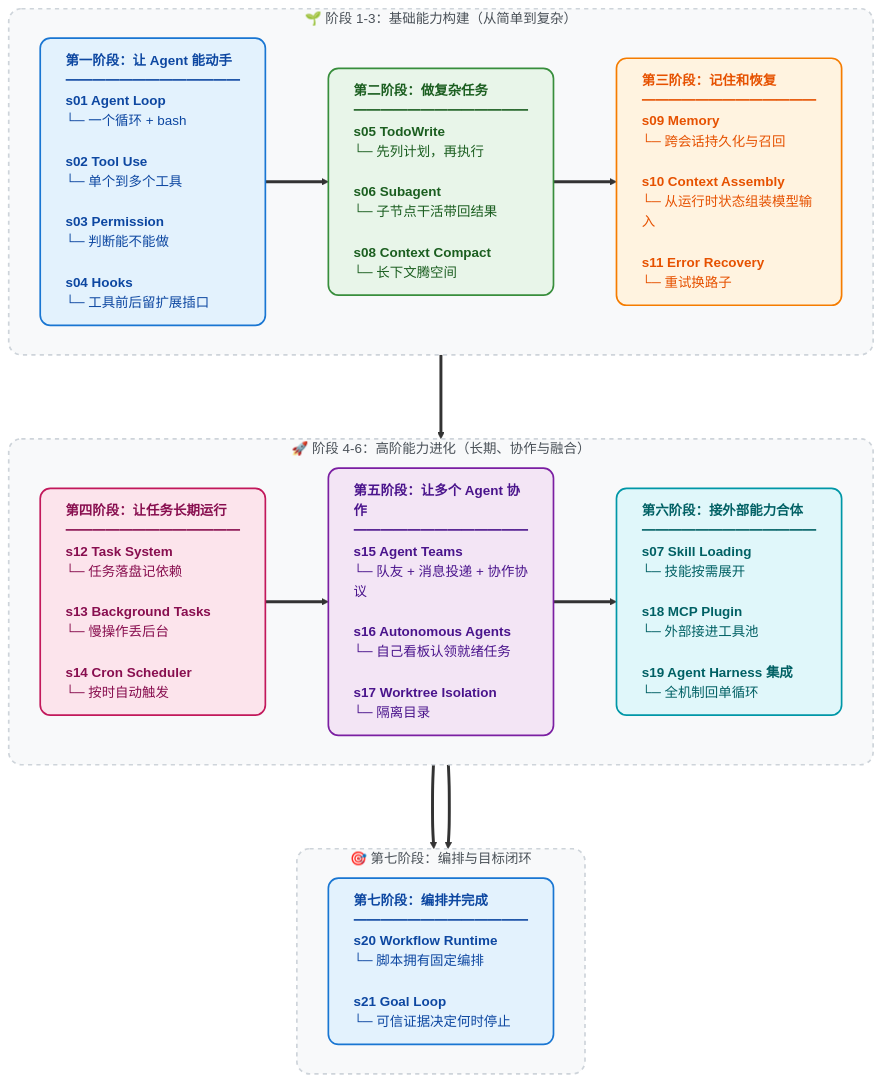
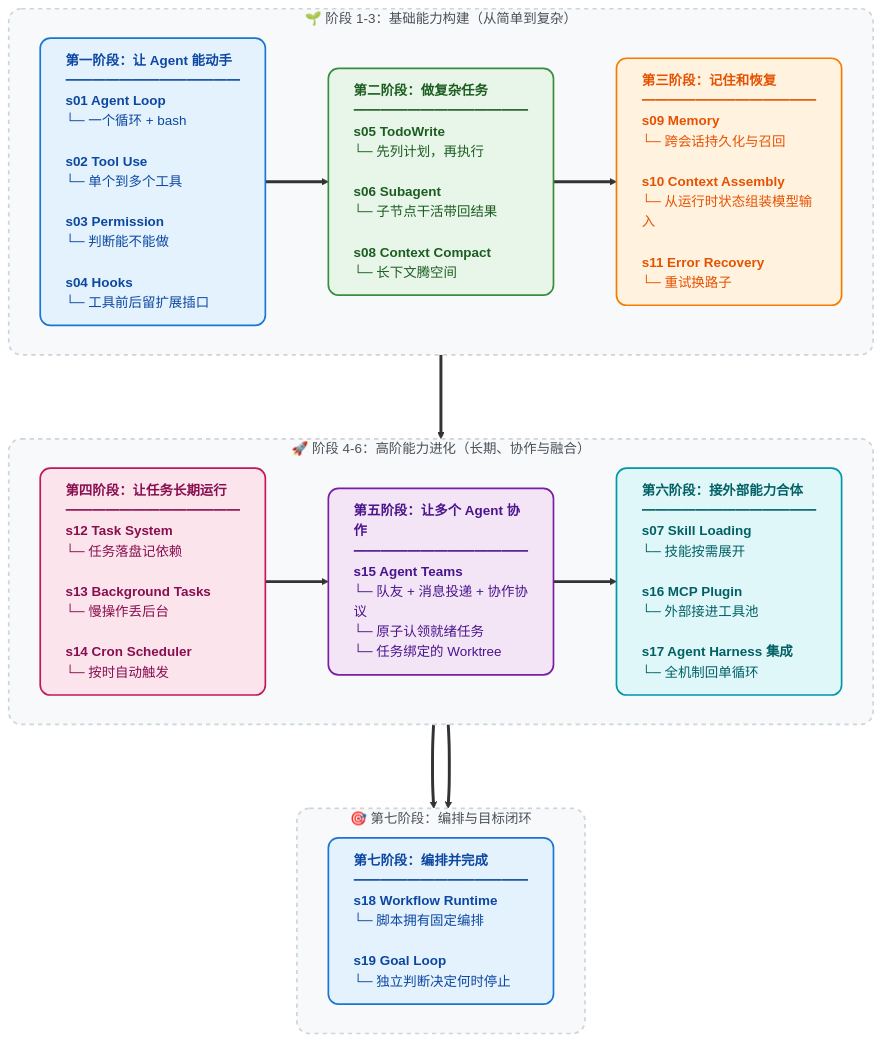
One commit to snake-fan/learn-claude-code changed the diagram in README-zh.md. Above: the diagram before and after it, drawn with Mermaid. The commit also changed other lines of this file and 196 other files, not shown here.

Commit message:
Consolidate agent harness course into 19 lessons

````diff
--- a/README-zh.md
+++ b/README-zh.md
@@ -306,50 +302,50 @@
 ```mermaid
 flowchart TD
     %% 统一定义卡片样式：加入 text-align:left 保证列表不会居中乱飘
     classDef stage1 fill:#E3F2FD,stroke:#1976D2,stroke-width:2px,color:#0D47A1,rx:12,ry:12,text-align:left
     classDef stage2 fill:#E8F5E9,stroke:#388E3C,stroke-width:2px,color:#1B5E20,rx:12,ry:12,text-align:left
     classDef stage3 fill:#FFF3E0,stroke:#F57C00,stroke-width:2px,color:#E65100,rx:12,ry:12,text-align:left
     classDef stage4 fill:#FCE4EC,stroke:#C2185b,stroke-width:2px,color:#880E4F,rx:12,ry:12,text-align:left
     classDef stage5 fill:#F3E5F5,stroke:#7B1FA2,stroke-width:2px,color:#4A148C,rx:12,ry:12,text-align:left
     classDef stage6 fill:#E0F7FA,stroke:#0097A7,stroke-width:2px,color:#006064,rx:12,ry:12,text-align:left
     
     %% 背景框样式
     classDef groupBox fill:#F8F9FA,stroke:#CED4DA,stroke-width:2px,stroke-dasharray: 5 5,rx:15,ry:15,color:#495057
     
     %% 第一层：1-3阶段
     subgraph Phase1 ["🌱 阶段 1-3：基础能力构建（从简单到复杂）"]
         direction LR
         S1["<b>第一阶段：让 Agent 能动手</b><br/>━━━━━━━━━━━━━<br/><b>s01 Agent Loop</b><br/>└─ 一个循环 + bash<br/><br/><b>s02 Tool Use</b><br/>└─ 单个到多个工具<br/><br/><b>s03 Permission</b><br/>└─ 判断能不能做<br/><br/><b>s04 Hooks</b><br/>└─ 工具前后留扩展插口"]:::stage1
 
         S2["<b>第二阶段：做复杂任务</b><br/>━━━━━━━━━━━━━<br/><b>s05 TodoWrite</b><br/>└─ 先列计划，再执行<br/><br/><b>s06 Subagent</b><br/>└─ 子节点干活带回结果<br/><br/><b>s08 Context Compact</b><br/>└─ 长下文腾空间"]:::stage2
 
         S3["<b>第三阶段：记住和恢复</b><br/>━━━━━━━━━━━━━<br/><b>s09 Memory</b><br/>└─ 跨会话持久化与召回<br/><br/><b>s10 Context Assembly</b><br/>└─ 从运行时状态组装模型输入<br/><br/><b>s11 Error Recovery</b><br/>└─ 重试换路子"]:::stage3
 
         S1 ==> S2 ==> S3
     end
 
     %% 第二层：4-6阶段
     subgraph Phase2 ["🚀 阶段 4-6：高阶能力进化（长期、协作与融合）"]
         direction LR
         S4["<b>第四阶段：让任务长期运行</b><br/>━━━━━━━━━━━━━<br/><b>s12 Task System</b><br/>└─ 任务落盘记依赖<br/><br/><b>s13 Background Tasks</b><br/>└─ 慢操作丢后台<br/><br/><b>s14 Cron Scheduler</b><br/>└─ 按时自动触发"]:::stage4
 
-        S5["<b>第五阶段：让多个 Agent 协作</b><br/>━━━━━━━━━━━━━<br/><b>s15 Agent Teams</b><br/>└─ 队友 + 消息投递 + 协作协议<br/><br/><b>s16 Autonomous Agents</b><br/>└─ 自己看板认领就绪任务<br/><br/><b>s17 Worktree Isolation</b><br/>└─ 隔离目录"]:::stage5
+        S5["<b>第五阶段：让多个 Agent 协作</b><br/>━━━━━━━━━━━━━<br/><b>s15 Agent Teams</b><br/>└─ 队友 + 消息投递 + 协作协议<br/>└─ 原子认领就绪任务<br/>└─ 任务绑定的 Worktree"]:::stage5
 
-        S6["<b>第六阶段：接外部能力合体</b><br/>━━━━━━━━━━━━━<br/><b>s07 Skill Loading</b><br/>└─ 技能按需展开<br/><br/><b>s18 MCP Plugin</b><br/>└─ 外部接进工具池<br/><br/><b>s19 Agent Harness 集成</b><br/>└─ 全机制回单循环"]:::stage6
+        S6["<b>第六阶段：接外部能力合体</b><br/>━━━━━━━━━━━━━<br/><b>s07 Skill Loading</b><br/>└─ 技能按需展开<br/><br/><b>s16 MCP Plugin</b><br/>└─ 外部接进工具池<br/><br/><b>s17 Agent Harness 集成</b><br/>└─ 全机制回单循环"]:::stage6
 
         S4 ==> S5 ==> S6
     end
 
     %% 第三层：编排与目标闭环
     subgraph Phase3 ["🎯 第七阶段：编排与目标闭环"]
         direction LR
-        S7["<b>第七阶段：编排并完成</b><br/>━━━━━━━━━━━━━<br/><b>s20 Workflow Runtime</b><br/>└─ 脚本拥有固定编排<br/><br/><b>s21 Goal Loop</b><br/>└─ 可信证据决定何时停止"]:::stage1
+        S7["<b>第七阶段：编排并完成</b><br/>━━━━━━━━━━━━━<br/><b>s18 Workflow Runtime</b><br/>└─ 脚本拥有固定编排<br/><br/><b>s19 Goal Loop</b><br/>└─ 独立判断决定何时停止"]:::stage1
         S6 ==> S7
     end
 
     %% 将三个模块连接起来，形成 Z 字形阅读流
     Phase1 ===> Phase2 ===> Phase3
 
     %% 应用背景样式
     class Phase1,Phase2,Phase3 groupBox
 ```
````
